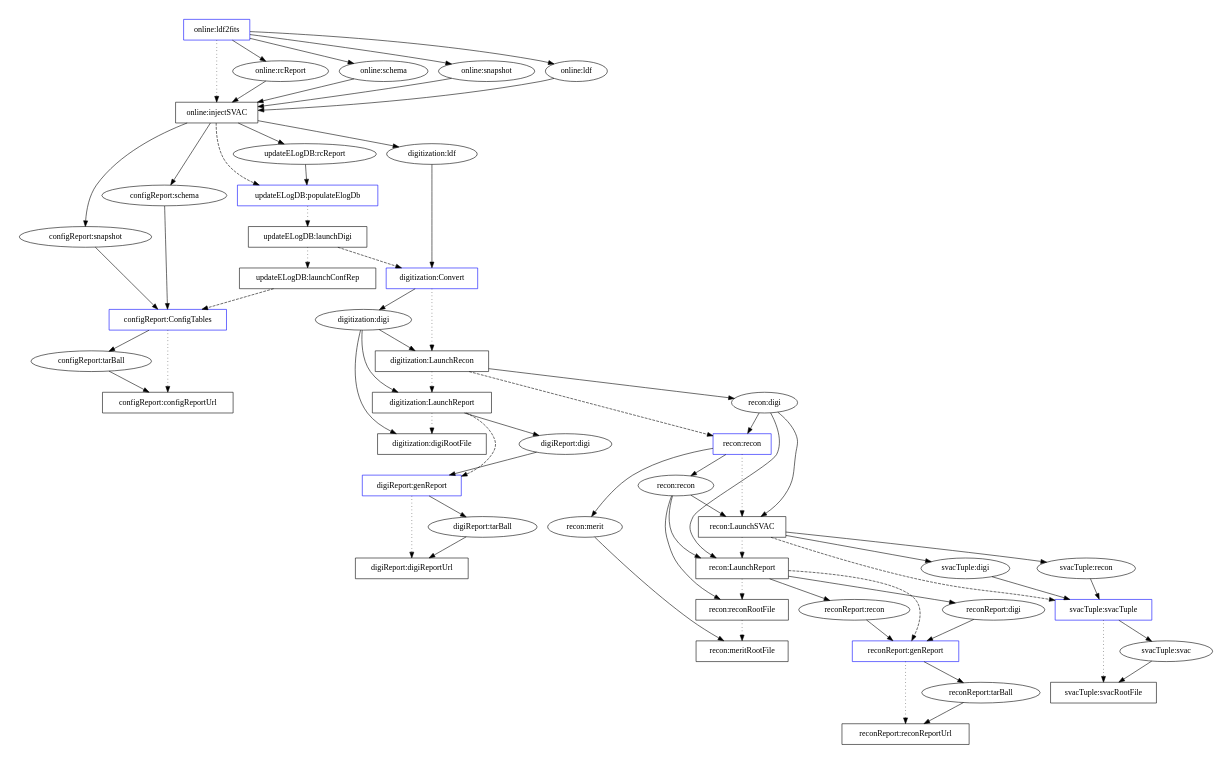
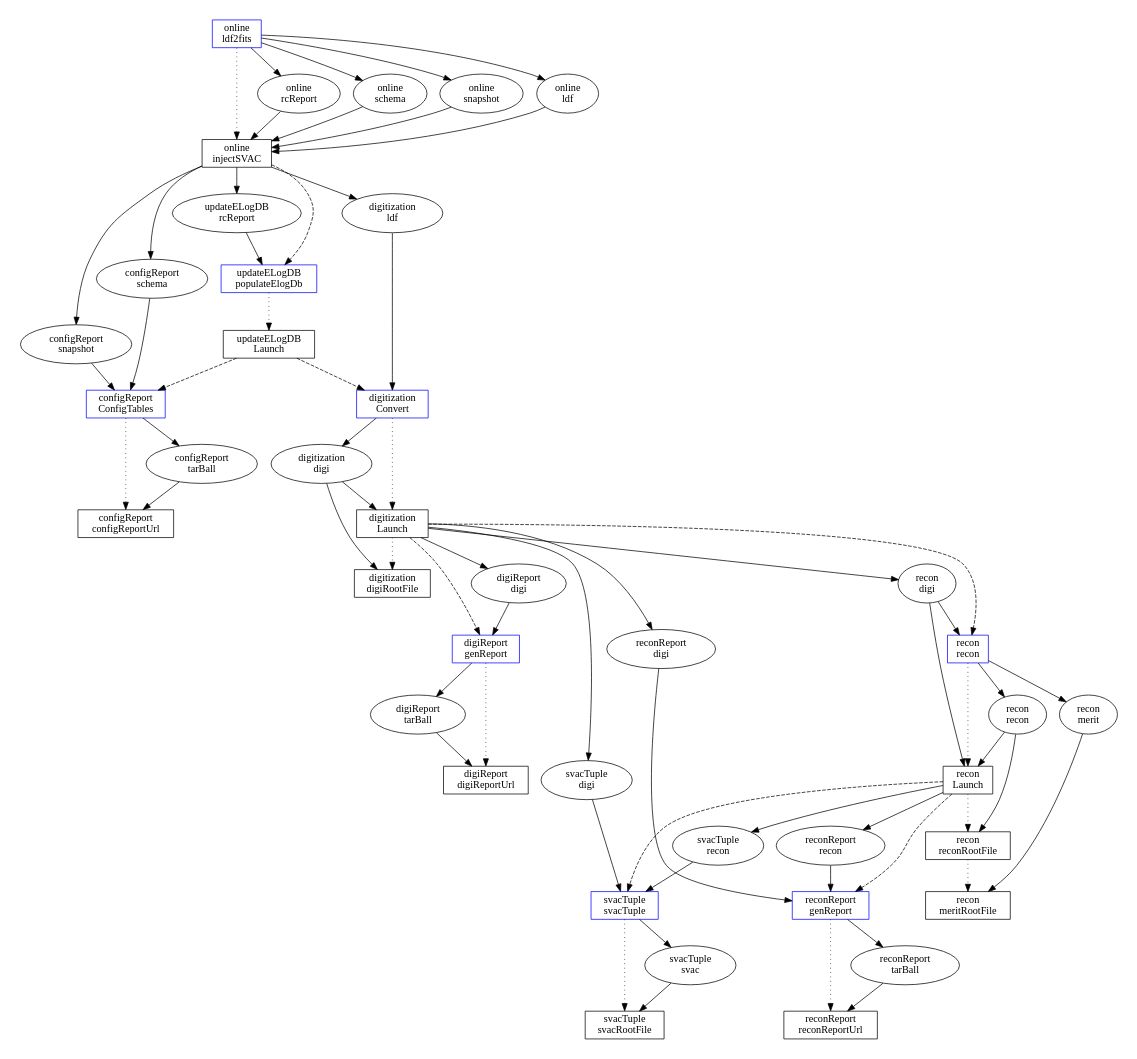
Before and after one commit to fermi-lat/svac: the diagram in svacPipeline/doc/newlaunch-EM2-v1r0.dot, drawn with Graphviz. The commit also changed 3 other files, not shown here.

Commit message:
Massive changes to newlaunch graph (long ago, apparently).  Changes to Makefile to put GIFs of graphs on web to ease working from home.  Modifications of actual graph to indicate symbolic links and actions taken unknown to GINO.  Change main document to reflect changes in graph.

```diff
--- a/svacPipeline/doc/newlaunch-EM2-v1r0.dot
+++ b/svacPipeline/doc/newlaunch-EM2-v1r0.dot
@@ -1,194 +1,176 @@
 digraph iAndTPipeline {
 
 #rotate=90;
 size="7.5,6.5";
 
 #### task processes
 node [shape=box];
 ####
-online_ldf2fits_tp [label="online:ldf2fits",color=blue];
-online_injectSVAC_tp [label="online:injectSVAC"];
+online_ldf2fits_tp [label="online\nldf2fits",color=blue];
+online_injectSVAC_tp [label="online\ninjectSVAC"];
 #
-updateELogDB_populateElogDb_tp [label="updateELogDB:populateElogDb",color=blue];
-updateELogDB_launchDigi_tp [label="updateELogDB:launchDigi"];
-updateELogDB_launchConfRep_tp [label="updateELogDB:launchConfRep"];
+updateELogDB_populateElogDb_tp [label="updateELogDB\npopulateElogDb",color=blue];
+updateELogDB_Launch_tp [label="updateELogDB\nLaunch"];
 #
-configReport_ConfigTables_tp [label="configReport:ConfigTables",color=blue];
-configReport_configReportUrl_tp [label="configReport:configReportUrl"];
+configReport_ConfigTables_tp [label="configReport\nConfigTables",color=blue];
+configReport_configReportUrl_tp [label="configReport\nconfigReportUrl"];
 #
-digitization_Convert_tp [label="digitization:Convert",color=blue];
-digitization_LaunchRecon_tp [label="digitization:LaunchRecon"];
-digitization_LaunchReport_tp [label="digitization:LaunchReport "];
-digitization_digiRootFile_tp [label="digitization:digiRootFile"];
+digitization_Convert_tp [label="digitization\nConvert",color=blue];
+digitization_Launch_tp [label="digitization\nLaunch"];
+digitization_digiRootFile_tp [label="digitization\ndigiRootFile"];
 #
-digiReport_genReport_tp [label="digiReport:genReport",color=blue];
-digiReport_digiReportUrl_tp [label="digiReport:digiReportUrl"];
+digiReport_genReport_tp [label="digiReport\ngenReport",color=blue];
+digiReport_digiReportUrl_tp [label="digiReport\ndigiReportUrl"];
 #
-recon_recon_tp [label="recon:recon",color=blue];
-recon_LaunchSVAC_tp [label="recon:LaunchSVAC"];
-recon_LaunchReport_tp [label="recon:LaunchReport"];
-recon_reconRootFile_tp [label="recon:reconRootFile"];
-recon_meritRootFile_tp [label="recon:meritRootFile"];
+recon_recon_tp [label="recon\nrecon",color=blue];
+recon_Launch_tp [label="recon\nLaunch"];
+recon_reconRootFile_tp [label="recon\nreconRootFile"];
+recon_meritRootFile_tp [label="recon\nmeritRootFile"];
 #
-reconReport_genReport_tp [label="reconReport:genReport",color=blue];
-reconReport_reconReportUrl_tp [label="reconReport:reconReportUrl"];
+reconReport_genReport_tp [label="reconReport\ngenReport",color=blue];
+reconReport_reconReportUrl_tp [label="reconReport\nreconReportUrl"];
 #
-svacTuple_svacTuple_tp [label="svacTuple:svacTuple ",color=blue];
-svacTuple_svacRootFile_tp [label="svacTuple:svacRootFile"];
+svacTuple_svacTuple_tp [label="svacTuple\nsvacTuple ",color=blue];
+svacTuple_svacRootFile_tp [label="svacTuple\nsvacRootFile"];
 
 #### datasets
 node [shape=ellipse];
 ####
-online_rcReport_ds [label="online:rcReport"];
-updateELogDB_rcReport_ds [label="updateELogDB:rcReport"];
-online_schema_ds [label="online:schema"];
-#updateELogDB_schema_ds [label="updateELogDB:schema"];
-configReport_schema_ds [label="configReport:schema"];
-online_snapshot_ds [label="online:snapshot"];
-#updateELogDB_snapshot_ds [label="updateELogDB:snapshot"];
-configReport_snapshot_ds [label="configReport:snapshot"];
-online_ldf_ds [label="online:ldf"];
-#updateELogDB_ldf_ds [label="updateELogDB:ldf"];
-digitization_ldf_ds [label="digitization:ldf"];
+online_rcReport_ds [label="online\nrcReport"];
+updateELogDB_rcReport_ds [label="updateELogDB\nrcReport"];
+online_schema_ds [label="online\nschema"];
+configReport_schema_ds [label="configReport\nschema"];
+online_snapshot_ds [label="online\nsnapshot"];
+configReport_snapshot_ds [label="configReport\nsnapshot"];
+online_ldf_ds [label="online\nldf"];
+digitization_ldf_ds [label="digitization\nldf"];
 #
-configReport_tarBall_ds [label="configReport:tarBall"];
+configReport_tarBall_ds [label="configReport\ntarBall"];
 #
-digitization_digi_ds [label="digitization:digi"];
-recon_digi_ds [label="recon:digi"];
-digiReport_digi_ds [label="digiReport:digi"];
-svacTuple_digi_ds [label="svacTuple:digi"];
-reconReport_digi_ds [label="reconReport:digi"];
+digitization_digi_ds [label="digitization\ndigi"];
+recon_digi_ds [label="recon\ndigi"];
+digiReport_digi_ds [label="digiReport\ndigi"];
+svacTuple_digi_ds [label="svacTuple\ndigi"];
+reconReport_digi_ds [label="reconReport\ndigi"];
 #
-digiReport_tarBall_ds [label="digiReport:tarBall"];
+digiReport_tarBall_ds [label="digiReport\ntarBall"];
 #
-recon_recon_ds [label="recon:recon"];
-svacTuple_recon_ds [label="svacTuple:recon"];
-reconReport_recon_ds [label="reconReport:recon"];
-recon_merit_ds [label="recon:merit"];
+recon_recon_ds [label="recon\nrecon"];
+svacTuple_recon_ds [label="svacTuple\nrecon"];
+reconReport_recon_ds [label="reconReport\nrecon"];
+recon_merit_ds [label="recon\nmerit"];
 #
-reconReport_tarBall_ds [label="reconReport:tarBall"];
+reconReport_tarBall_ds [label="reconReport\ntarBall"];
 #
-svacTuple_svac_ds [label="svacTuple:svac"];
+svacTuple_svac_ds [label="svacTuple\nsvac"];
 
 #### TP -> DS links
 edge [weight=10];
 ####
 online_ldf2fits_tp -> online_rcReport_ds;
 online_ldf2fits_tp -> online_schema_ds;
 online_ldf2fits_tp -> online_snapshot_ds;
 online_ldf2fits_tp -> online_ldf_ds;
 #
 online_rcReport_ds -> online_injectSVAC_tp;
 online_schema_ds -> online_injectSVAC_tp;
 online_snapshot_ds -> online_injectSVAC_tp;
 online_ldf_ds -> online_injectSVAC_tp;
 #
 online_injectSVAC_tp -> updateELogDB_rcReport_ds;
 online_injectSVAC_tp -> configReport_schema_ds;
 online_injectSVAC_tp -> configReport_snapshot_ds;
 online_injectSVAC_tp -> digitization_ldf_ds;
 
 updateELogDB_rcReport_ds -> updateELogDB_populateElogDb_tp;
-#
-#updateELogDB_ldf_ds -> updateELogDB_launchDigi_tp;
-#updateELogDB_launchDigi_tp -> digitization_ldf_ds;
-#
-#updateELogDB_schema_ds -> updateELogDB_launchConfRep_tp;
-#updateELogDB_snapshot_ds -> updateELogDB_launchConfRep_tp;
-#updateELogDB_launchConfRep_tp -> configReport_schema_ds;
-#updateELogDB_launchConfRep_tp -> configReport_snapshot_ds;
 
 configReport_schema_ds -> configReport_ConfigTables_tp;
 configReport_snapshot_ds -> configReport_ConfigTables_tp;
 configReport_ConfigTables_tp -> configReport_tarBall_ds;
 #
 configReport_tarBall_ds -> configReport_configReportUrl_tp;
 
 digitization_ldf_ds -> digitization_Convert_tp;
 digitization_Convert_tp -> digitization_digi_ds;
 #
-digitization_digi_ds -> digitization_LaunchRecon_tp;
-digitization_LaunchRecon_tp -> recon_digi_ds;
+digitization_digi_ds -> digitization_Launch_tp;
+digitization_Launch_tp -> recon_digi_ds;
 #
-digitization_digi_ds -> digitization_LaunchReport_tp;
-digitization_LaunchReport_tp -> digiReport_digi_ds;
+digitization_Launch_tp -> digiReport_digi_ds;
+#
+digitization_Launch_tp -> svacTuple_digi_ds;
+#
+digitization_Launch_tp -> reconReport_digi_ds;
 #
 digitization_digi_ds -> digitization_digiRootFile_tp;
 
 digiReport_digi_ds -> digiReport_genReport_tp;
 digiReport_genReport_tp -> digiReport_tarBall_ds;
 #
 digiReport_tarBall_ds -> digiReport_digiReportUrl_tp;
 
 recon_digi_ds -> recon_recon_tp;
 recon_recon_tp -> recon_recon_ds;
 recon_recon_tp -> recon_merit_ds;
 #
-recon_recon_ds -> recon_LaunchSVAC_tp;
-recon_digi_ds -> recon_LaunchSVAC_tp;
-recon_LaunchSVAC_tp -> svacTuple_recon_ds;
-recon_LaunchSVAC_tp -> svacTuple_digi_ds;
+recon_recon_ds -> recon_Launch_tp;
+recon_digi_ds -> recon_Launch_tp;
+recon_Launch_tp -> svacTuple_recon_ds;
 #
-recon_recon_ds -> recon_LaunchReport_tp;
-recon_digi_ds -> recon_LaunchReport_tp;
-recon_LaunchReport_tp -> reconReport_recon_ds;
-recon_LaunchReport_tp -> reconReport_digi_ds;
+recon_Launch_tp -> reconReport_recon_ds;
 #
 recon_recon_ds -> recon_reconRootFile_tp;
 #
 recon_merit_ds -> recon_meritRootFile_tp;
 
 reconReport_digi_ds -> reconReport_genReport_tp;
 reconReport_recon_ds -> reconReport_genReport_tp;
 reconReport_genReport_tp -> reconReport_tarBall_ds;
 #
 reconReport_tarBall_ds -> reconReport_reconReportUrl_tp;
 
 svacTuple_digi_ds -> svacTuple_svacTuple_tp;
 svacTuple_recon_ds -> svacTuple_svacTuple_tp;
 svacTuple_svacTuple_tp -> svacTuple_svac_ds;
 #
 svacTuple_svac_ds -> svacTuple_svacRootFile_tp;
 
 
 #### intratask links ####
 edge [style=dotted,weight=100];
 ####
 online_ldf2fits_tp -> online_injectSVAC_tp;
 #
-updateELogDB_populateElogDb_tp -> updateELogDB_launchDigi_tp;
-updateELogDB_launchDigi_tp -> updateELogDB_launchConfRep_tp;
+updateELogDB_populateElogDb_tp -> updateELogDB_Launch_tp;
 #
-digitization_Convert_tp -> digitization_LaunchRecon_tp;
-digitization_LaunchRecon_tp -> digitization_LaunchReport_tp;
-digitization_LaunchReport_tp -> digitization_digiRootFile_tp;
+digitization_Convert_tp -> digitization_Launch_tp;
+digitization_Launch_tp -> digitization_digiRootFile_tp;
 #
 configReport_ConfigTables_tp -> configReport_configReportUrl_tp;
 #
-recon_recon_tp -> recon_LaunchSVAC_tp;
-recon_LaunchSVAC_tp -> recon_LaunchReport_tp;
-recon_LaunchReport_tp -> recon_reconRootFile_tp;
+recon_recon_tp -> recon_Launch_tp;
+recon_Launch_tp -> recon_reconRootFile_tp;
 recon_reconRootFile_tp -> recon_meritRootFile_tp;
 #
 digiReport_genReport_tp -> digiReport_digiReportUrl_tp;
 #
 svacTuple_svacTuple_tp -> svacTuple_svacRootFile_tp;
 #
 reconReport_genReport_tp -> reconReport_reconReportUrl_tp;
 
 
 ##### intertask links #####
 edge [style=dashed,weight=1];
 ####
 online_injectSVAC_tp -> updateELogDB_populateElogDb_tp;
 #
-updateELogDB_launchDigi_tp -> digitization_Convert_tp;
-updateELogDB_launchConfRep_tp -> configReport_ConfigTables_tp;
+updateELogDB_Launch_tp -> digitization_Convert_tp;
+updateELogDB_Launch_tp -> configReport_ConfigTables_tp;
 #
-digitization_LaunchRecon_tp -> recon_recon_tp;
-digitization_LaunchReport_tp -> digiReport_genReport_tp;
+digitization_Launch_tp -> recon_recon_tp;
+digitization_Launch_tp -> digiReport_genReport_tp;
 #
-recon_LaunchSVAC_tp -> svacTuple_svacTuple_tp;
-recon_LaunchReport_tp -> reconReport_genReport_tp;
+recon_Launch_tp -> svacTuple_svacTuple_tp;
+recon_Launch_tp -> reconReport_genReport_tp;
 
 }
```
